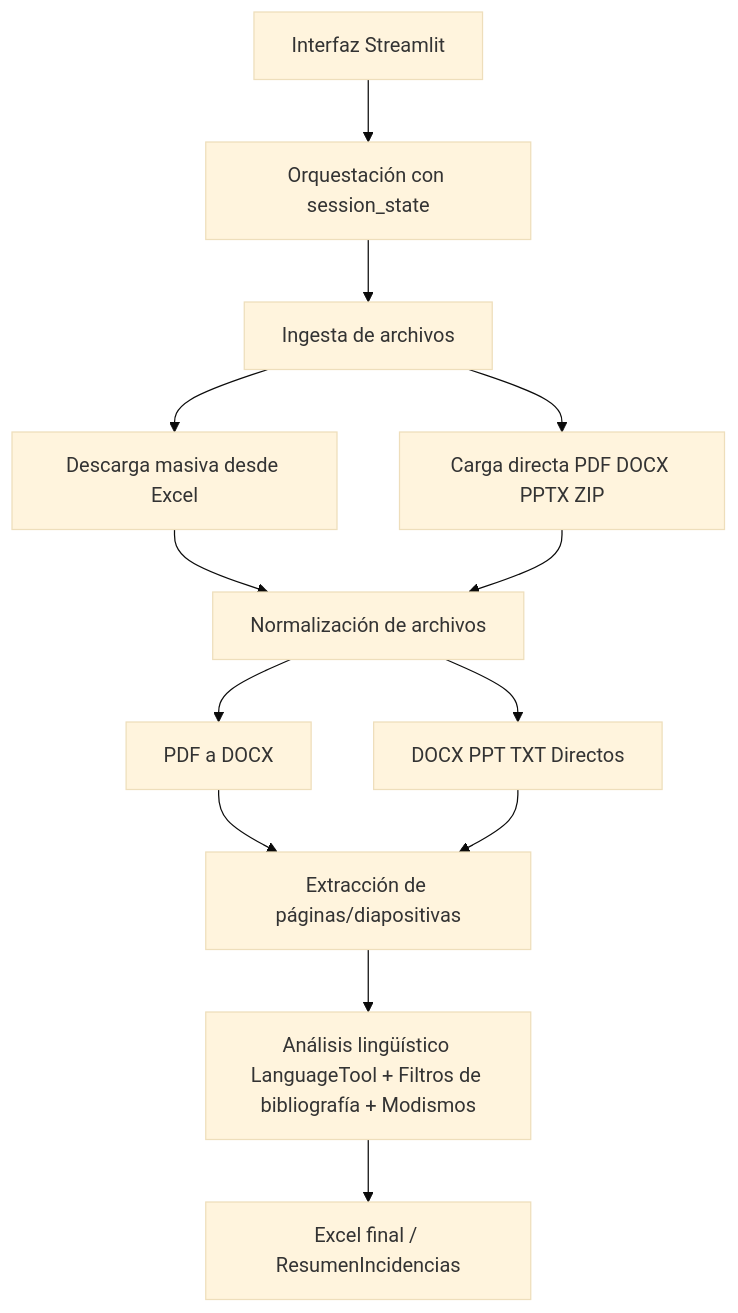
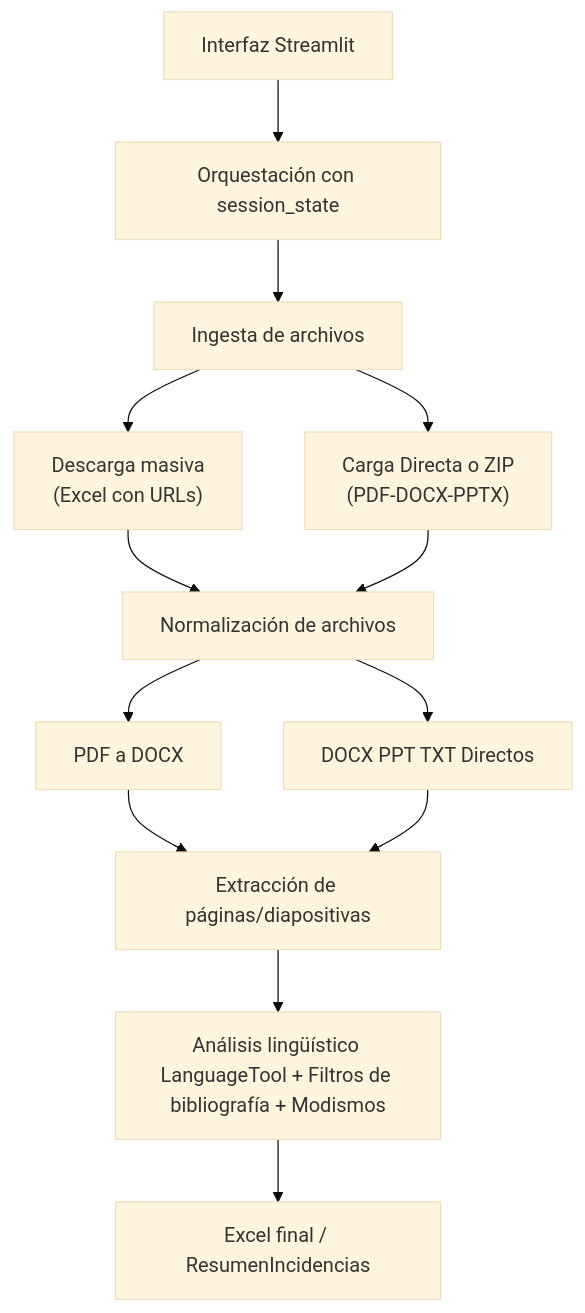
The diagram in README.md (joseluisantunezcondezo/UTP_GrammarScan), drawn with Mermaid (base theme) before and after one commit.

Commit message:
README.md

````diff
--- a/README.md
+++ b/README.md
@@ -149,15 +149,17 @@
 ```mermaid
 flowchart TD
     A[Interfaz Streamlit] --> B[Orquestación con session_state]
     B --> C[Ingesta de archivos]
-    C --> D1[Descarga masiva desde Excel]
-    C --> D2[Carga directa PDF DOCX PPTX ZIP]
+    C --> D1["Descarga masiva
+              (Excel con URLs)"]
+    C --> D2["Carga Directa o ZIP
+            (PDF-DOCX-PPTX)"]
     D1 --> E[Normalización de archivos]
     D2 --> E
     E --> F1[PDF a DOCX]
     E --> F2[DOCX PPT TXT Directos]
     F1 --> G[Extracción de páginas/diapositivas]
     F2 --> G
     G --> H[Análisis lingüístico LanguageTool + Filtros de bibliografía + Modismos]
     H --> J[Excel final / ResumenIncidencias]
 ```
````
